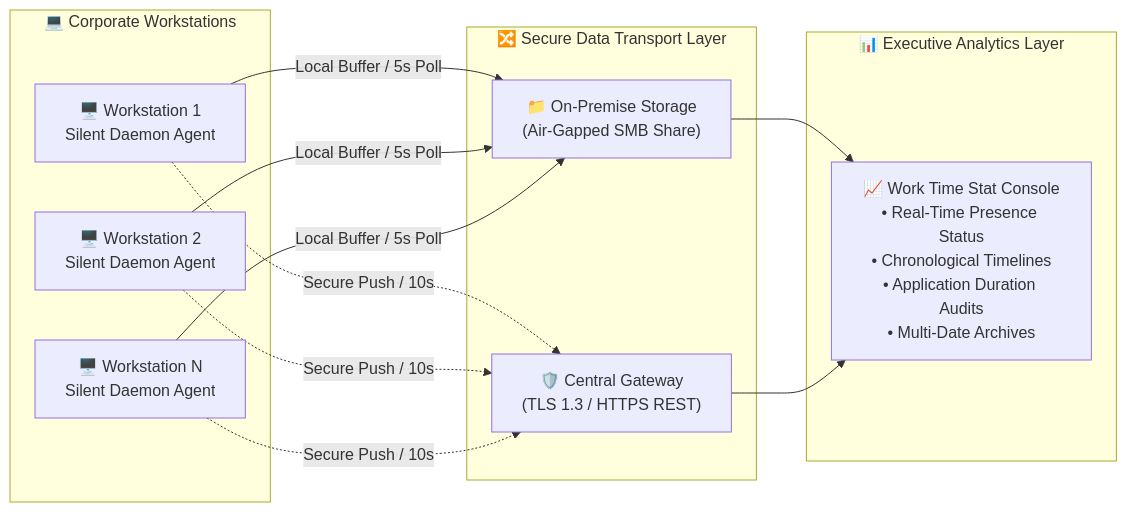
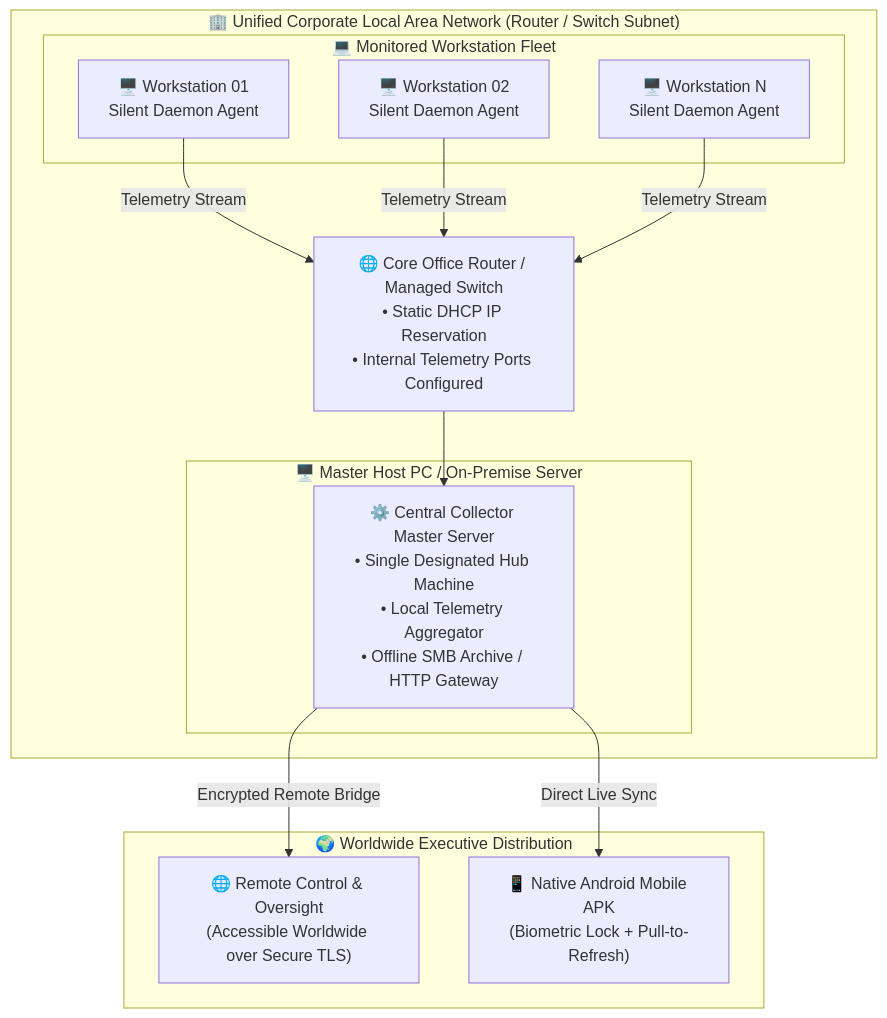
The diagram in projects/Windows/Work_Time_Stat/README.md (GinCz/Windows_scripts), drawn with Mermaid before and after one commit. The commit also changed other lines of this file and 12 other files, not shown here.

Commit message:
feat(portfolio): canonical Work_Time_Stat naming, master server architecture, and tri-mode theme

````diff
--- a/projects/Windows/Work_Time_Stat/README.md
+++ b/projects/Windows/Work_Time_Stat/README.md
@@ -80,28 +62,29 @@
 ```mermaid
-flowchart LR
-    subgraph Corporate_Fleet ["💻 Corporate Workstations"]
-        W1["🖥️ Workstation 1<br/>Silent Daemon Agent"]
-        W2["🖥️ Workstation 2<br/>Silent Daemon Agent"]
-        WN["🖥️ Workstation N<br/>Silent Daemon Agent"]
+flowchart TD
+    subgraph Corporate_LAN ["🏢 Unified Corporate Local Area Network (Router / Switch Subnet)"]
+        Router["🌐 Core Office Router / Managed Switch<br/>• Static DHCP IP Reservation<br/>• Internal Telemetry Ports Configured"]
+        
+        subgraph Monitored_Fleet ["💻 Monitored Workstation Fleet"]
+            WS1["🖥️ Workstation 01<br/>Silent Daemon Agent"]
+            WS2["🖥️ Workstation 02<br/>Silent Daemon Agent"]
+            WSN["🖥️ Workstation N<br/>Silent Daemon Agent"]
+        end
+
+        subgraph Master_Tier ["🖥️ Master Host PC / On-Premise Server"]
+            Master["⚙️ Central Collector Master Server<br/>• Single Designated Hub Machine<br/>• Local Telemetry Aggregator<br/>• Offline SMB Archive / HTTP Gateway"]
+        end
     end
 
-    subgraph Data_Routing ["🔀 Secure Data Transport Layer"]
-        SMB["📁 On-Premise Storage<br/>(Air-Gapped SMB Share)"]
-        API["🛡️ Central Gateway<br/>(TLS 1.3 / HTTPS REST)"]
+    subgraph Distribution_Tier ["🌍 Worldwide Executive Distribution"]
+        Remote_Web["🌐 Remote Control & Oversight<br/>(Accessible Worldwide over Secure TLS)"]
+        Android_App["📱 Native Android Mobile APK<br/>(Biometric Lock + Pull-to-Refresh)"]
     end
 
-    subgraph Presentation ["📊 Executive Analytics Layer"]
-        Dash["📈 Work Time Stat Console<br/>• Real-Time Presence Status<br/>• Chronological Timelines<br/>• Application Duration Audits<br/>• Multi-Date Archives"]
-    end
+    WS1 -->|Telemetry Stream| Router
+    WS2 -->|Telemetry Stream| Router
+    WSN -->|Telemetry Stream| Router
+    Router --> Master
 
-    W1 -->|Local Buffer / 5s Poll| SMB
-    W2 -->|Local Buffer / 5s Poll| SMB
-    WN -->|Local Buffer / 5s Poll| SMB
-
-    W1 -.->|Secure Push / 10s| API
-    W2 -.->|Secure Push / 10s| API
-    WN -.->|Secure Push / 10s| API
-
-    SMB --> Dash
-    API --> Dash
+    Master -->|Encrypted Remote Bridge| Remote_Web
+    Master -->|Direct Live Sync| Android_App
 ```
````
